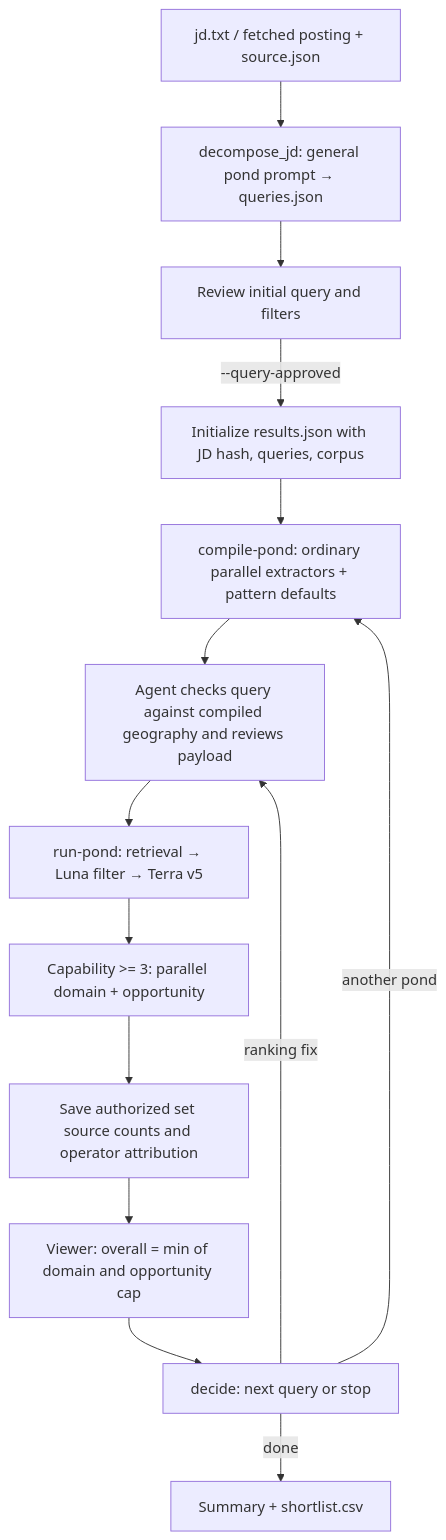
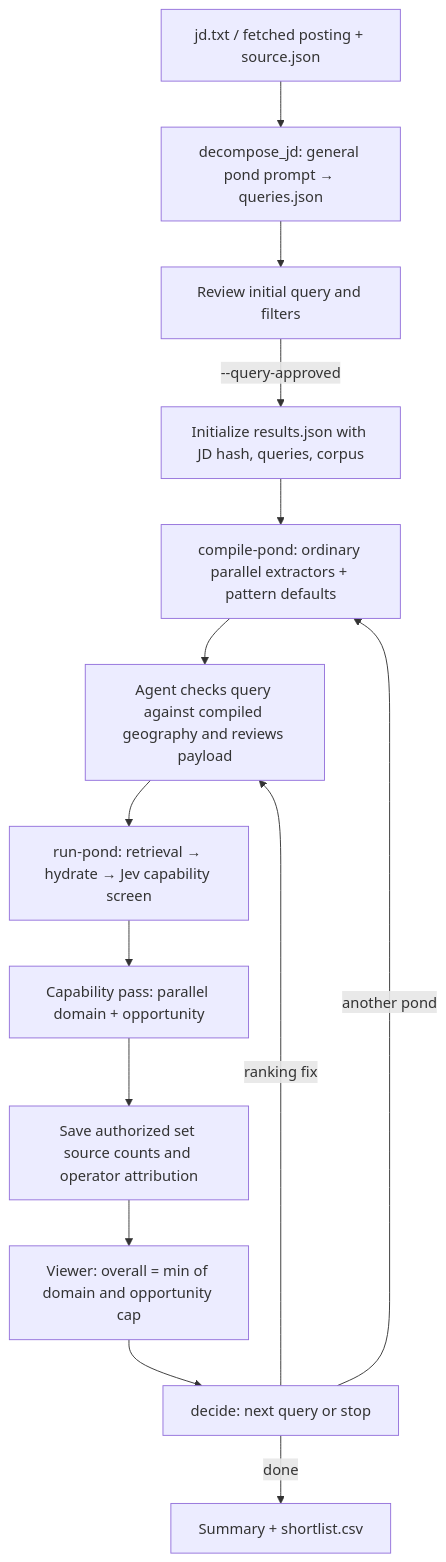
One commit to powerset-co/powerpacks changed the diagram in packs/search/primitives/deep_search/README.md. Above: the diagram before and after it, drawn with Mermaid. The commit also changed other lines of this file and 9 other files, not shown here.

First line of the commit message:
feat(search): skip the Luna filter on Jev JD runs

````diff
--- a/packs/search/primitives/deep_search/README.md
+++ b/packs/search/primitives/deep_search/README.md
@@ -15,16 +16,16 @@
 ```mermaid
 flowchart TD
     JD[jd.txt / fetched posting + source.json] --> Q[decompose_jd: general pond prompt → queries.json]
     Q --> REVIEW[Review initial query and filters]
     REVIEW -->|--query-approved| INIT[Initialize results.json with JD hash, queries, corpus]
     INIT --> COMPILE[compile-pond: ordinary parallel extractors + pattern defaults]
     COMPILE --> CHECK[Agent checks query against compiled geography and reviews payload]
-    CHECK --> RUN[run-pond: retrieval → Luna filter → Terra v5]
-    RUN --> JUDGES[Capability >= 3: parallel domain + opportunity]
+    CHECK --> RUN[run-pond: retrieval → hydrate → Jev capability screen]
+    RUN --> JUDGES[Capability pass: parallel domain + opportunity]
     JUDGES --> SOURCES[Save authorized set source counts and operator attribution]
     SOURCES --> VIEW[Viewer: overall = min of domain and opportunity cap]
     VIEW --> DECIDE[decide: next query or stop]
     DECIDE -->|another pond| COMPILE
     DECIDE -->|ranking fix| CHECK
     DECIDE -->|done| EXPORT[Summary + shortlist.csv]
 ```
````
